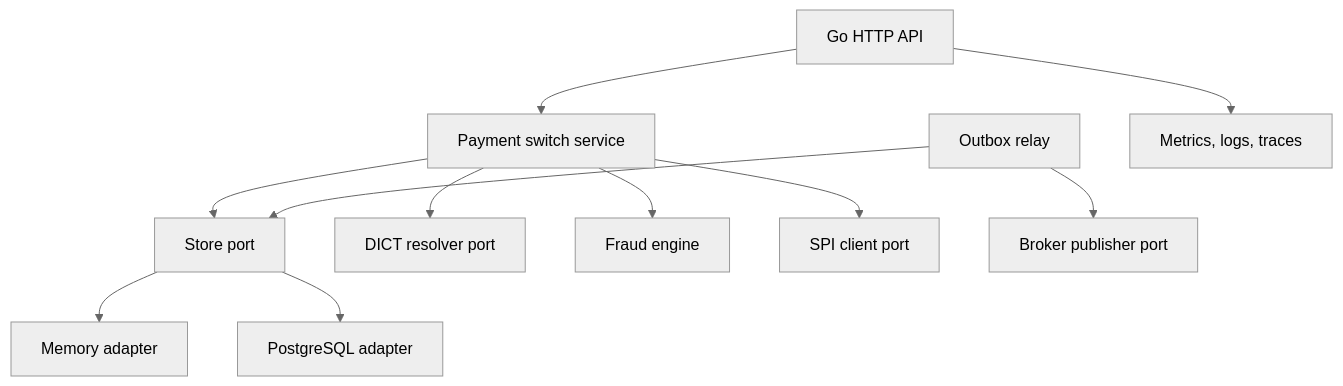
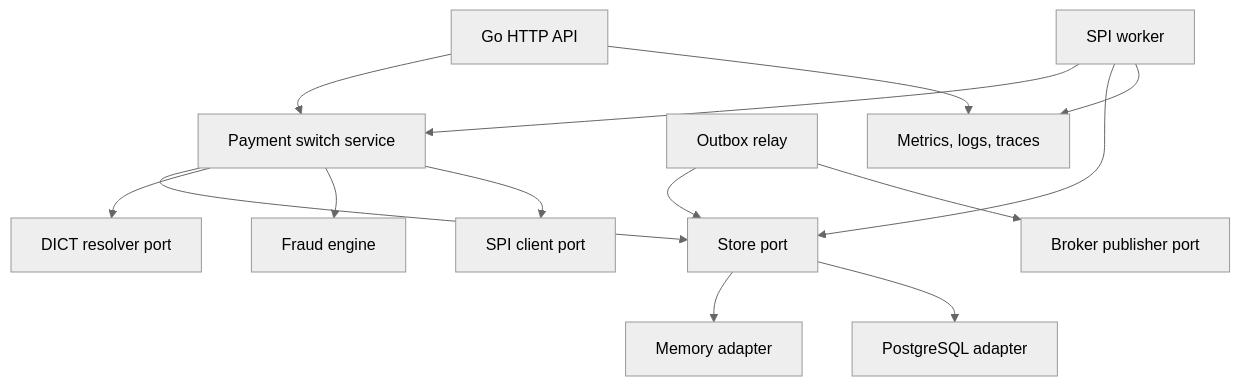
Before and after one commit to Defyland/pixrail-go-payment-switch: the diagram in docs/architecture/c4-container.md, drawn with Mermaid (neutral theme). The commit also changed other lines of this file and 16 other files, not shown here.

Commit message:
feat(worker): add long-running spi submission process

````diff
--- a/docs/architecture/c4-container.md
+++ b/docs/architecture/c4-container.md
@@ -3,13 +3,16 @@
 ```mermaid
 flowchart TB
   API["Go HTTP API"] --> Switch["Payment switch service"]
   Switch --> Store["Store port"]
   Store --> Memory["Memory adapter"]
   Store --> Postgres["PostgreSQL adapter"]
   Switch --> Dict["DICT resolver port"]
   Switch --> Fraud["Fraud engine"]
   Switch --> SPI["SPI client port"]
+  Worker["SPI worker"] --> Switch
+  Worker --> Store
   Relay["Outbox relay"] --> Store
   Relay --> Broker["Broker publisher port"]
   API --> Obs["Metrics, logs, traces"]
+  Worker --> Obs
 ```
````
